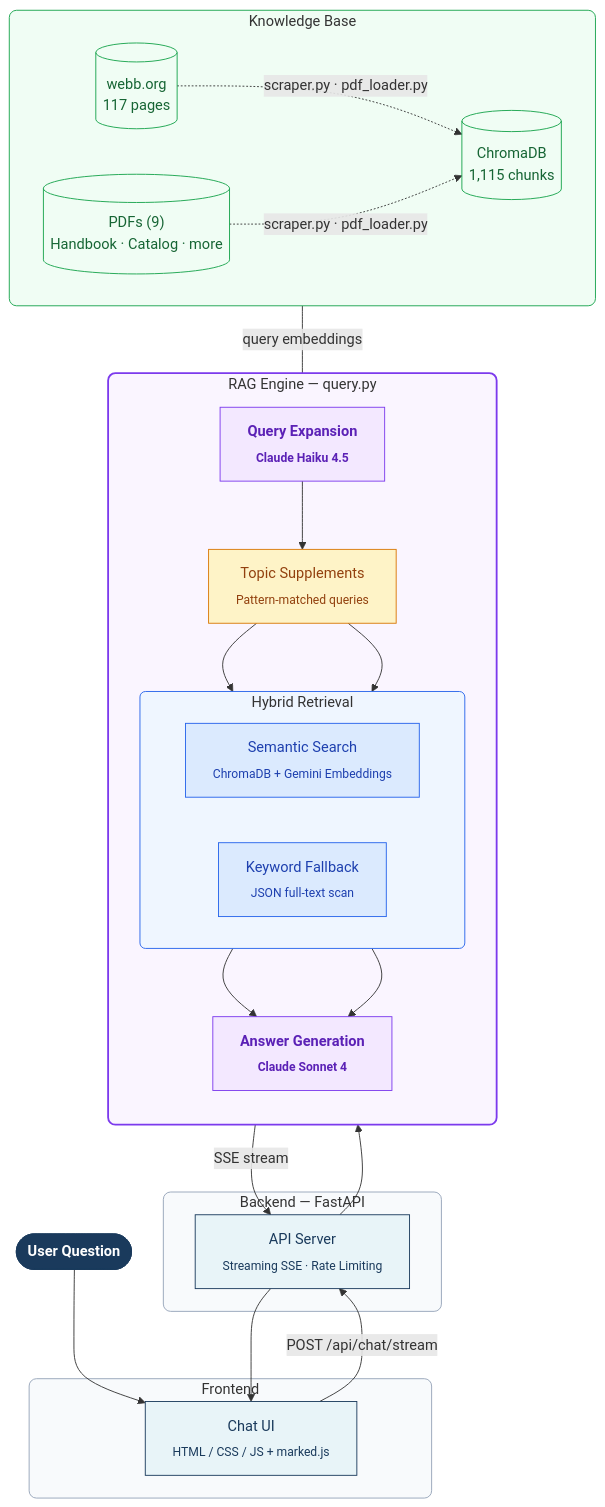
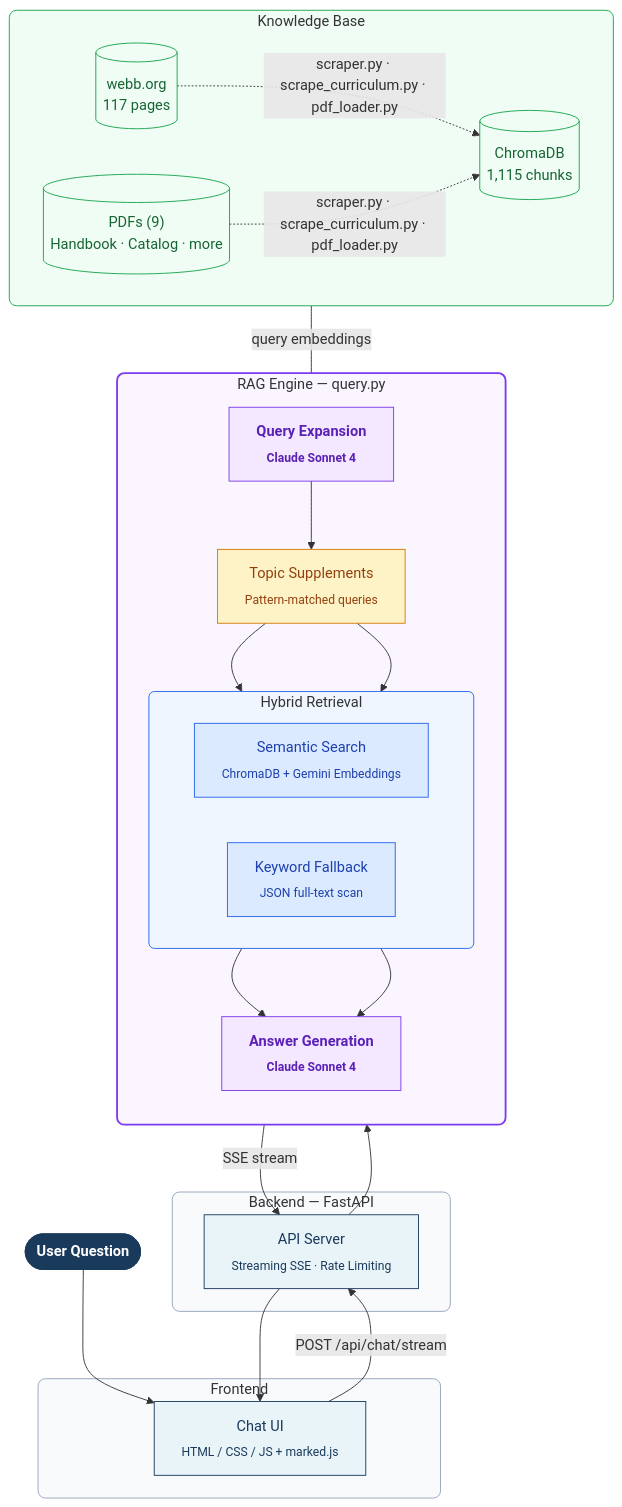
The first of 2 diagrams in README.md (PatrickJYKang/webbgpt-1), drawn with Mermaid before and after one commit. The commit also changed other lines of this file and 6 other files, not shown here.

````diff
--- a/README.md
+++ b/README.md
@@ -11,60 +13,60 @@
 ```mermaid
 flowchart TB
     User([" User Question "]):::userNode
 
     subgraph Frontend["Frontend"]
         UI["Chat UI<br/><sub>HTML / CSS / JS + marked.js</sub>"]:::feNode
     end
 
     subgraph Backend["Backend — FastAPI"]
         API["API Server<br/><sub>Streaming SSE · Rate Limiting</sub>"]:::beNode
     end
 
     subgraph RAG["RAG Engine — query.py"]
         direction TB
-        QE["Query Expansion<br/><sub>Claude Haiku 4.5</sub>"]:::aiNode
+        QE["Query Expansion<br/><sub>Claude Sonnet 4</sub>"]:::aiNode
         TS["Topic Supplements<br/><sub>Pattern-matched queries</sub>"]:::logicNode
 
         subgraph Retrieval["Hybrid Retrieval"]
             direction LR
             SEM["Semantic Search<br/><sub>ChromaDB + Gemini Embeddings</sub>"]:::dbNode
             KW["Keyword Fallback<br/><sub>JSON full-text scan</sub>"]:::dbNode
         end
 
         GEN["Answer Generation<br/><sub>Claude Sonnet 4</sub>"]:::aiNode
     end
 
     subgraph Data["Knowledge Base"]
         direction LR
         WEB[("webb.org<br/>117 pages")]:::dataNode
         PDF[("PDFs (9)<br/>Handbook · Catalog · more")]:::dataNode
         VDB[("ChromaDB<br/>1,115 chunks")]:::dataNode
     end
 
     User --> UI
     UI -- "POST /api/chat/stream" --> API
     API --> QE
     QE --> TS
     TS --> SEM & KW
     SEM --> GEN
     KW --> GEN
     GEN -- "SSE stream" --> API
     API --> UI
 
-    WEB & PDF -.->|"scraper.py · pdf_loader.py"| VDB
+    WEB & PDF -.->|"scraper.py · scrape_curriculum.py · pdf_loader.py"| VDB
     VDB ---|"query embeddings"| SEM
 
     classDef userNode fill:#1a3a5c,stroke:#1a3a5c,color:#fff,font-weight:bold
     classDef feNode fill:#e8f4f8,stroke:#1a3a5c,color:#1a3a5c
     classDef beNode fill:#e8f4f8,stroke:#1a3a5c,color:#1a3a5c
     classDef aiNode fill:#f3e8ff,stroke:#7c3aed,color:#5b21b6,font-weight:bold
     classDef logicNode fill:#fef3c7,stroke:#d97706,color:#92400e
     classDef dbNode fill:#dbeafe,stroke:#2563eb,color:#1e40af
     classDef dataNode fill:#f0fdf4,stroke:#16a34a,color:#166534
 
     style Frontend fill:#f8fafc,stroke:#94a3b8,stroke-width:1px,rx:8
     style Backend fill:#f8fafc,stroke:#94a3b8,stroke-width:1px,rx:8
     style RAG fill:#faf5ff,stroke:#7c3aed,stroke-width:2px,rx:8
     style Retrieval fill:#eff6ff,stroke:#2563eb,stroke-width:1px,rx:6
     style Data fill:#f0fdf4,stroke:#16a34a,stroke-width:1px,rx:8
 ```
````
